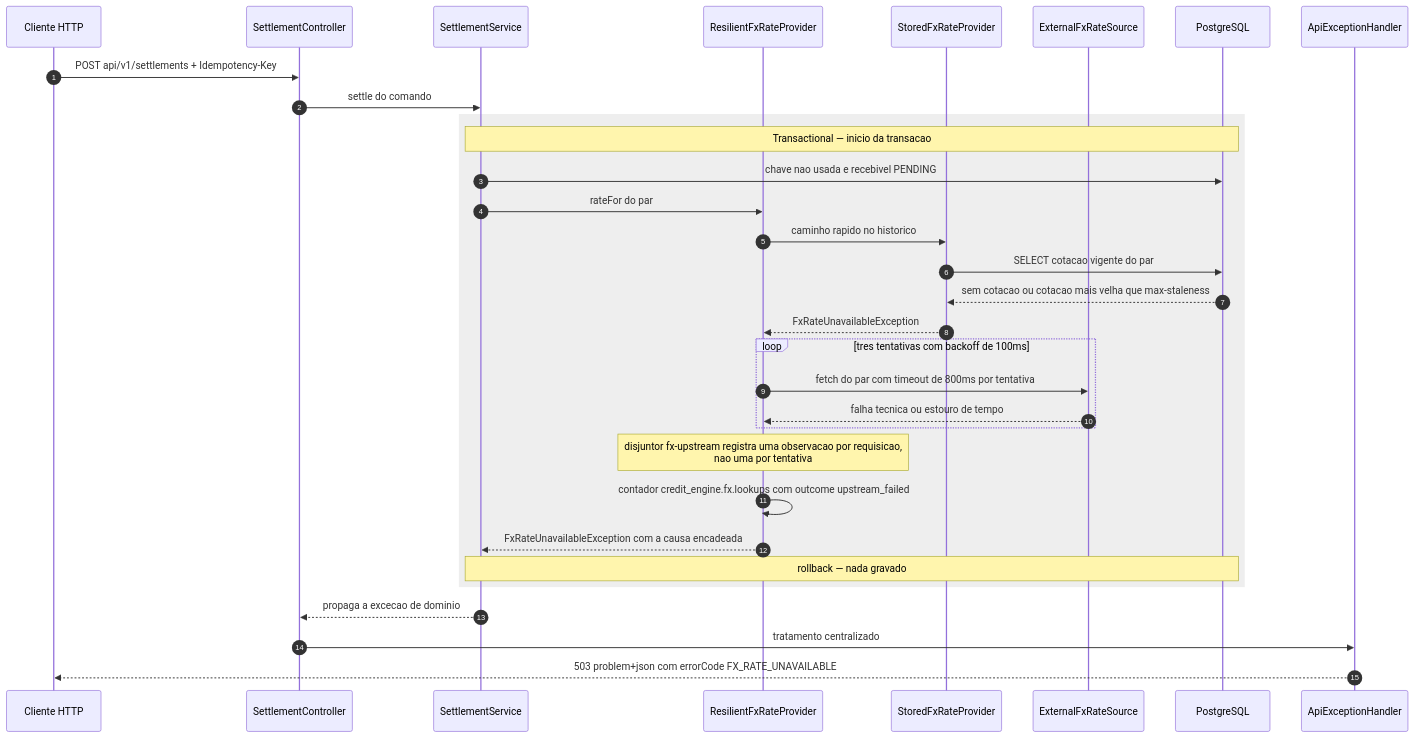
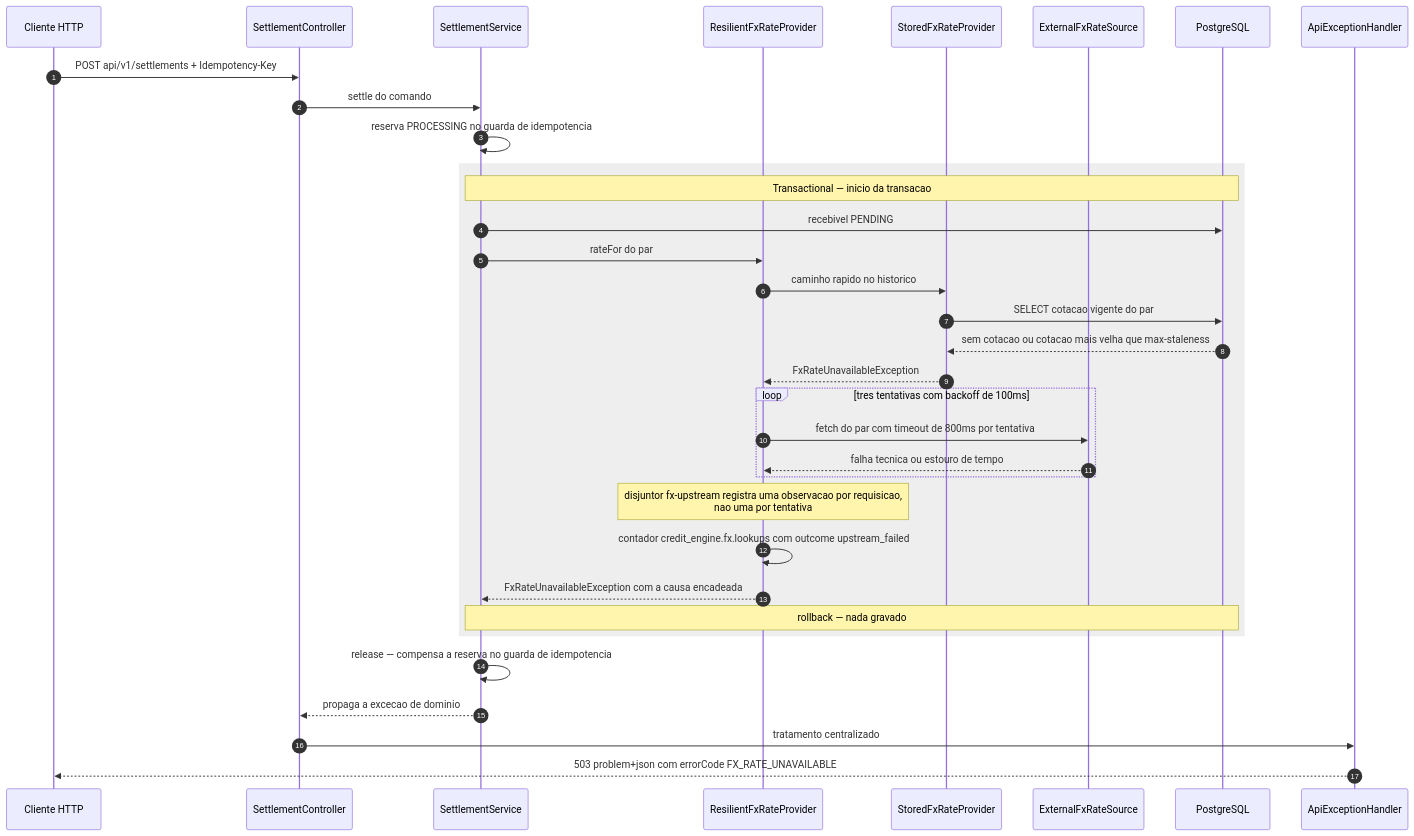
Before and after one commit to deanfreitas/ProjetoSRMCreditEngine: the fifth of 5 diagrams in ARCHITECTURE.md, drawn with Mermaid. The commit also changed other lines of this file and 4 other files, not shown here.

First line of the commit message:
docs: DECISIONS.md, ARCHITECTURE.md, README.md, SPEC.md e AI_USAGE.md com a idempotencia em Redis

````diff
--- a/ARCHITECTURE.md
+++ b/ARCHITECTURE.md
@@ -161,39 +183,42 @@
 ```mermaid
 sequenceDiagram
     autonumber
     participant Cli as Cliente HTTP
     participant Ctl as SettlementController
     participant Svc as SettlementService
     participant Res as ResilientFxRateProvider
     participant Sto as StoredFxRateProvider
     participant Up as ExternalFxRateSource
     participant DB as PostgreSQL
     participant Eh as ApiExceptionHandler
 
     Cli->>Ctl: POST api/v1/settlements + Idempotency-Key
     Ctl->>Svc: settle do comando
 
+    Svc->>Svc: reserva PROCESSING no guarda de idempotencia
+
     rect rgb(238, 238, 238)
         Note over Svc,DB: Transactional — inicio da transacao
-        Svc->>DB: chave nao usada e recebivel PENDING
+        Svc->>DB: recebivel PENDING
         Svc->>Res: rateFor do par
         Res->>Sto: caminho rapido no historico
         Sto->>DB: SELECT cotacao vigente do par
         DB-->>Sto: sem cotacao ou cotacao mais velha que max-staleness
         Sto-->>Res: FxRateUnavailableException
 
         loop tres tentativas com backoff de 100ms
             Res->>Up: fetch do par com timeout de 800ms por tentativa
             Up-->>Res: falha tecnica ou estouro de tempo
         end
         Note over Res: disjuntor fx-upstream registra uma observacao por requisicao,<br/>nao uma por tentativa
 
         Res->>Res: contador credit_engine.fx.lookups com outcome upstream_failed
         Res-->>Svc: FxRateUnavailableException com a causa encadeada
         Note over Svc,DB: rollback — nada gravado
     end
 
+    Svc->>Svc: release — compensa a reserva no guarda de idempotencia
     Svc-->>Ctl: propaga a excecao de dominio
     Ctl->>Eh: tratamento centralizado
     Eh-->>Cli: 503 problem+json com errorCode FX_RATE_UNAVAILABLE
 ```
````
